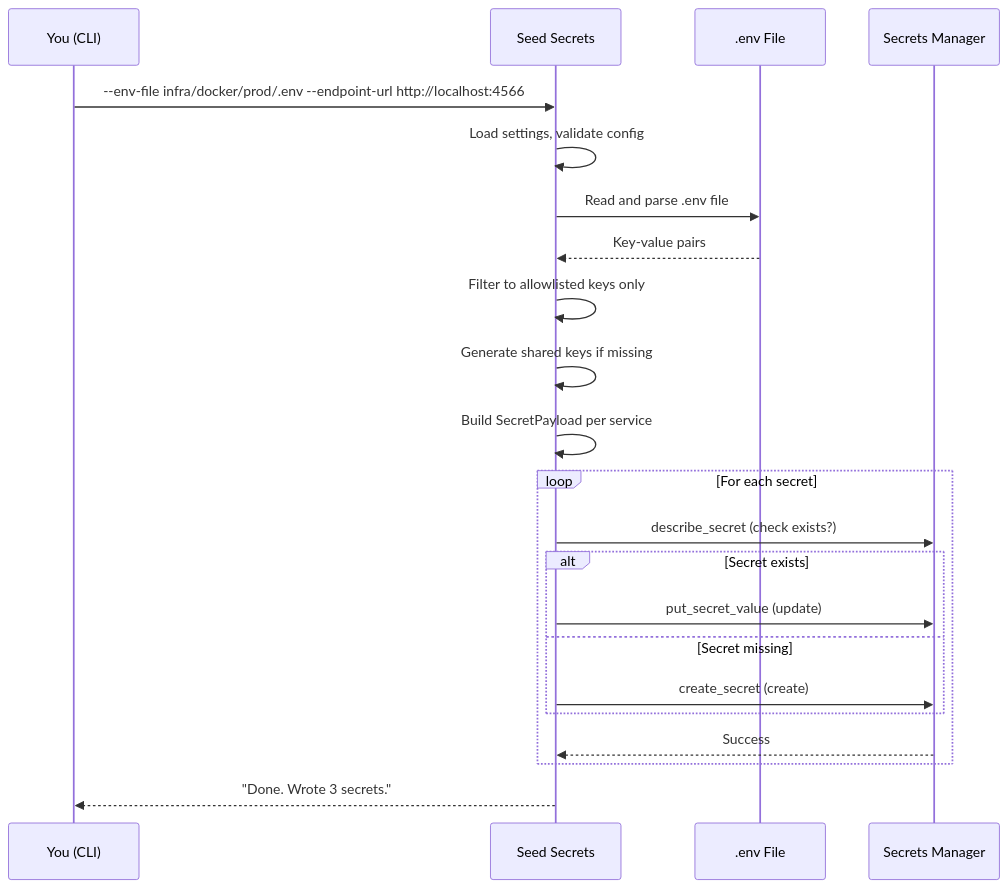
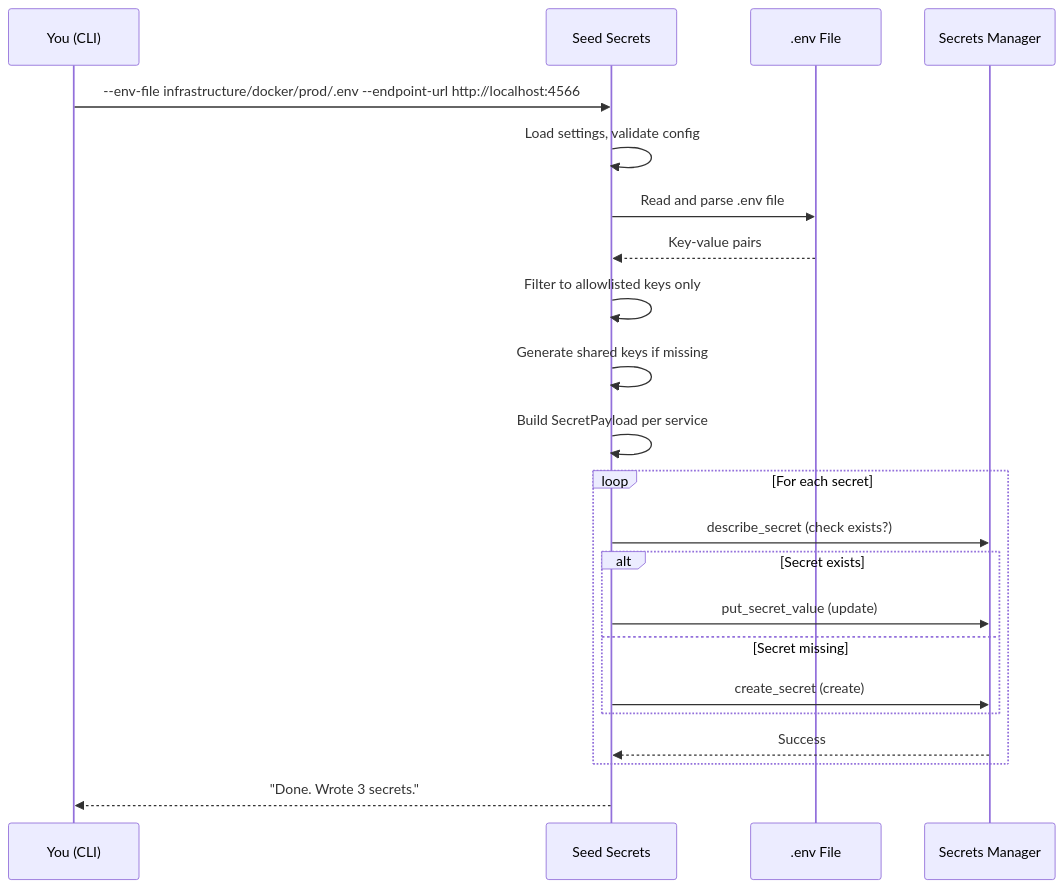
Before and after one commit to kunalPisolkar24/topos: the diagram in tools/seed-secrets/docs/getting-started/quickstart.md, drawn with Mermaid. The commit also changed other lines of this file and 20 other files, not shown here.

````diff
--- a/tools/seed-secrets/docs/getting-started/quickstart.md
+++ b/tools/seed-secrets/docs/getting-started/quickstart.md
@@ -88,27 +88,27 @@
 ```mermaid
 sequenceDiagram
     participant You as You (CLI)
     participant Tool as Seed Secrets
     participant Env as .env File
     participant AWS as Secrets Manager
 
-    You->>Tool: --env-file infra/docker/prod/.env --endpoint-url http://localhost:4566
+    You->>Tool: --env-file infrastructure/docker/prod/.env --endpoint-url http://localhost:4566
     Tool->>Tool: Load settings, validate config
     Tool->>Env: Read and parse .env file
     Env-->>Tool: Key-value pairs
     Tool->>Tool: Filter to allowlisted keys only
     Tool->>Tool: Generate shared keys if missing
     Tool->>Tool: Build SecretPayload per service
 
     loop For each secret
         Tool->>AWS: describe_secret (check exists?)
         alt Secret exists
             Tool->>AWS: put_secret_value (update)
         else Secret missing
             Tool->>AWS: create_secret (create)
         end
         AWS-->>Tool: Success
     end
 
     Tool-->>You: "Done. Wrote 3 secrets."
 ```
````
